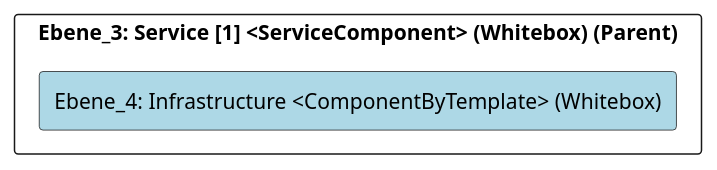
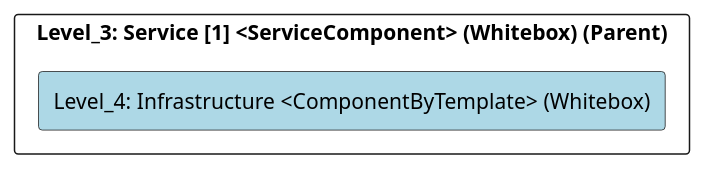
The diagram in src/cleon.architecturemethods.arc42.sample/doc/cleon_architecturemethods_arc42_sample_software_microservice/adoc/en/05_building_block_view/microservicesample/servicelayer/service_1/infrastructure/level_4_infrastructure.adoc (marcozwyssig/cleon), drawn with PlantUML before and after one commit. The commit also changed other lines of this file and 169 other files, not shown here.

```diff
--- a/src/cleon.architecturemethods.arc42.sample/doc/cleon_architecturemethods_arc42_sample_software_microservice/adoc/en/05_building_block_view/microservicesample/servicelayer/service_1/infrastructure/level_4_infrastructure.adoc
+++ b/src/cleon.architecturemethods.arc42.sample/doc/cleon_architecturemethods_arc42_sample_software_microservice/adoc/en/05_building_block_view/microservicesample/servicelayer/service_1/infrastructure/level_4_infrastructure.adoc
@@ -20,24 +20,24 @@
-[plantuml, Ebene_4: Infrastructure <ComponentByTemplate> (Whitebox)BlockOverview, format="svg"]
+[plantuml, Level_4: Infrastructure <ComponentByTemplate> (Whitebox)BlockOverview, format="svg"]
 ----
-@startuml Ebene_4: Infrastructure <ComponentByTemplate> (Whitebox)BuildingBlockOverview
+@startuml Level_4: Infrastructure <ComponentByTemplate> (Whitebox)BuildingBlockOverview
 
 skinparam ranksep 10
 skinparam componentStyle rectangle
 skinparam shadowing false
 skinparam arrowColor lightblue
 skinparam arrowThickness 1.2
 skinparam rectangle {
   BackgroundColor White
   BorderColor #333
   RoundCorner 10
 }
 top to bottom direction
 
-component "Ebene_3: Service [1] <ServiceComponent> (Whitebox) (Parent)" {
-    component "Ebene_4: Infrastructure <ComponentByTemplate> (Whitebox)" #lightblue {
+component "Level_3: Service [1] <ServiceComponent> (Whitebox) (Parent)" {
+    component "Level_4: Infrastructure <ComponentByTemplate> (Whitebox)" #lightblue {
     }
 
 }
 
 @enduml
 ----
```
